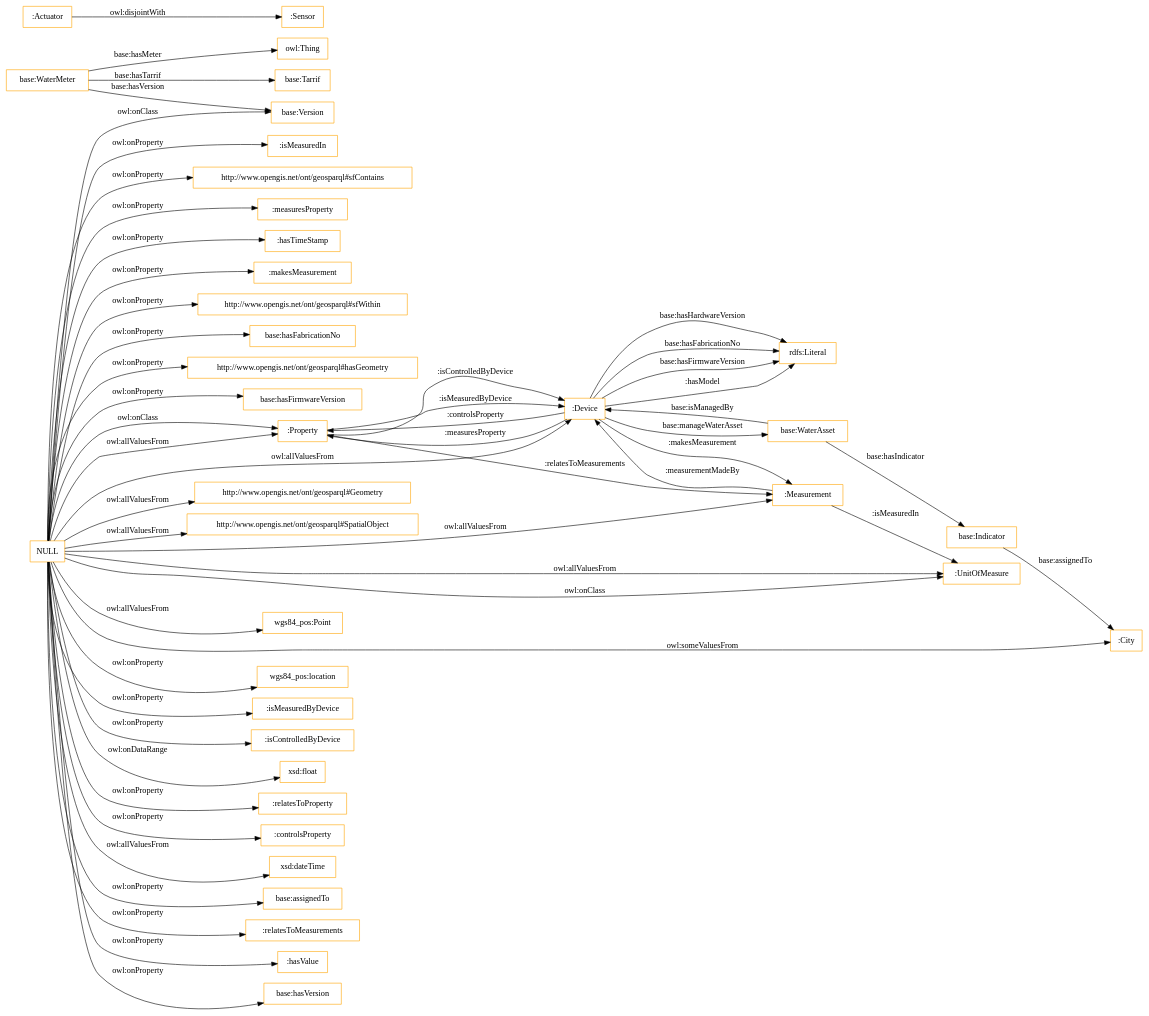
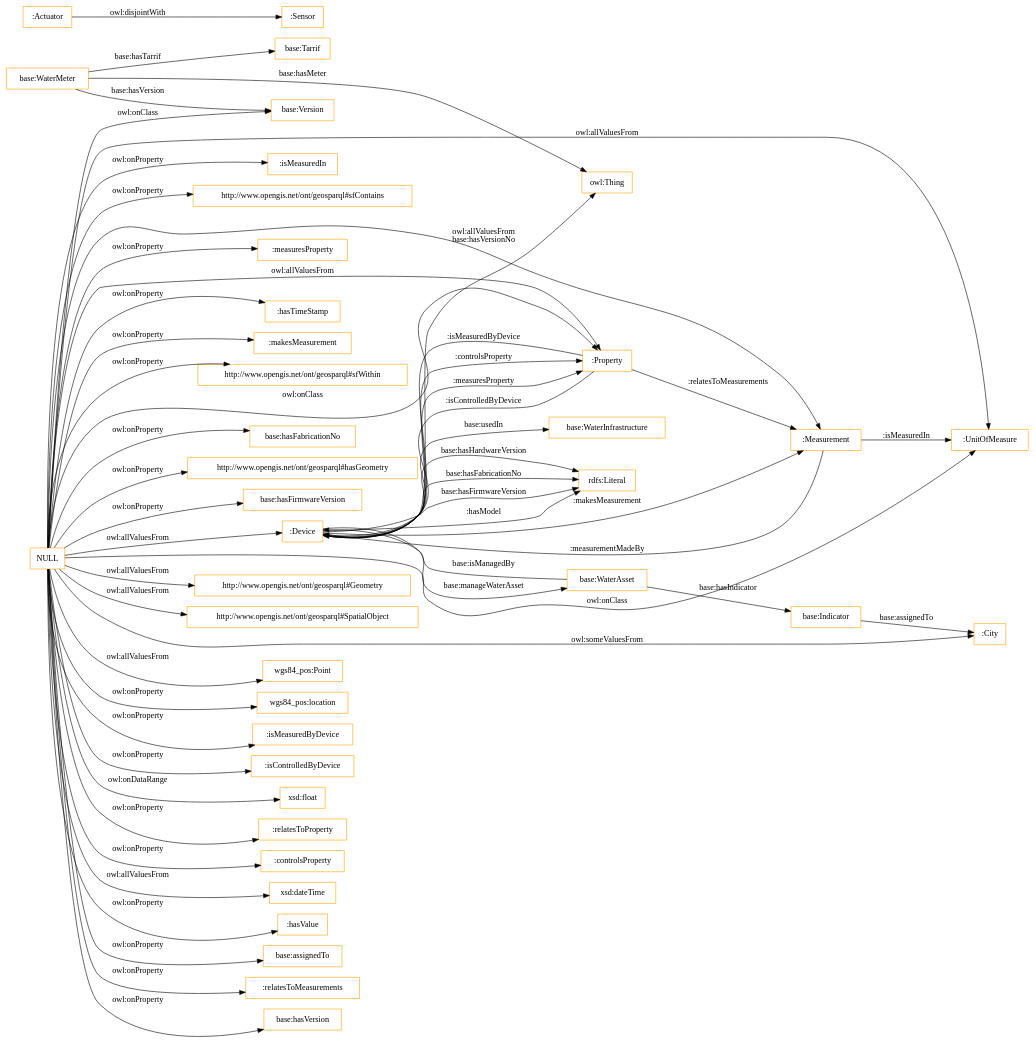
Before and after one commit to tiwari2019/S4WATR-1: the diagram in OnToology/S4Water.owl/diagrams/ar2dtool-class/S4Water.owl.png.dot, drawn with Graphviz. The commit also changed 13 other files, not shown here.

```diff
--- a/OnToology/S4Water.owl/diagrams/ar2dtool-class/S4Water.owl.png.dot
+++ b/OnToology/S4Water.owl/diagrams/ar2dtool-class/S4Water.owl.png.dot
@@ -1,57 +1,59 @@
 digraph ar2dtool_diagram { 
 rankdir=LR;
 size="1501"
-node [shape = rectangle, color="orange"]; "base:Version" ":Property" "base:WaterAsset" ":Sensor" "base:WaterMeter" ":Device" "base:Indicator" "http://www.opengis.net/ont/geosparql#Geometry" "http://www.opengis.net/ont/geosparql#SpatialObject" ":UnitOfMeasure" ":City" "base:Tarrif" "wgs84_pos:Point" ":Measurement" ":Actuator" ; /*classes style*/
+node [shape = rectangle, color="orange"]; "base:Version" ":Property" "base:WaterAsset" ":Sensor" "base:WaterMeter" "base:WaterInfrastructure" ":Device" "base:Indicator" "http://www.opengis.net/ont/geosparql#Geometry" "http://www.opengis.net/ont/geosparql#SpatialObject" ":UnitOfMeasure" ":City" "base:Tarrif" "wgs84_pos:Point" ":Measurement" ":Actuator" ; /*classes style*/
 	"NULL" -> "wgs84_pos:location" [ label = "owl:onProperty" ];
 	"NULL" -> "wgs84_pos:Point" [ label = "owl:allValuesFrom" ];
 	"NULL" -> ":isMeasuredByDevice" [ label = "owl:onProperty" ];
 	"NULL" -> ":isControlledByDevice" [ label = "owl:onProperty" ];
 	"NULL" -> ":Measurement" [ label = "owl:allValuesFrom" ];
 	"NULL" -> "xsd:float" [ label = "owl:onDataRange" ];
 	"NULL" -> "http://www.opengis.net/ont/geosparql#Geometry" [ label = "owl:allValuesFrom" ];
 	"NULL" -> ":relatesToProperty" [ label = "owl:onProperty" ];
 	"NULL" -> ":controlsProperty" [ label = "owl:onProperty" ];
 	"NULL" -> ":City" [ label = "owl:someValuesFrom" ];
 	"NULL" -> "xsd:dateTime" [ label = "owl:allValuesFrom" ];
 	"NULL" -> "base:Version" [ label = "owl:onClass" ];
+	"NULL" -> ":hasValue" [ label = "owl:onProperty" ];
 	"NULL" -> "base:assignedTo" [ label = "owl:onProperty" ];
-	"NULL" -> ":Property" [ label = "owl:onClass" ];
 	"NULL" -> ":relatesToMeasurements" [ label = "owl:onProperty" ];
 	"NULL" -> "http://www.opengis.net/ont/geosparql#SpatialObject" [ label = "owl:allValuesFrom" ];
-	"NULL" -> ":hasValue" [ label = "owl:onProperty" ];
+	"NULL" -> ":Property" [ label = "owl:onClass" ];
 	"NULL" -> "base:hasVersion" [ label = "owl:onProperty" ];
 	"NULL" -> ":UnitOfMeasure" [ label = "owl:allValuesFrom" ];
 	"NULL" -> ":UnitOfMeasure" [ label = "owl:onClass" ];
 	"NULL" -> ":isMeasuredIn" [ label = "owl:onProperty" ];
 	"NULL" -> "http://www.opengis.net/ont/geosparql#sfContains" [ label = "owl:onProperty" ];
 	"NULL" -> ":measuresProperty" [ label = "owl:onProperty" ];
 	"NULL" -> ":hasTimeStamp" [ label = "owl:onProperty" ];
 	"NULL" -> ":makesMeasurement" [ label = "owl:onProperty" ];
 	"NULL" -> "http://www.opengis.net/ont/geosparql#sfWithin" [ label = "owl:onProperty" ];
+	"NULL" -> "base:hasFabricationNo" [ label = "owl:onProperty" ];
 	"NULL" -> ":Property" [ label = "owl:allValuesFrom" ];
-	"NULL" -> "base:hasFabricationNo" [ label = "owl:onProperty" ];
 	"NULL" -> "http://www.opengis.net/ont/geosparql#hasGeometry" [ label = "owl:onProperty" ];
 	"NULL" -> ":Device" [ label = "owl:allValuesFrom" ];
 	"NULL" -> "base:hasFirmwareVersion" [ label = "owl:onProperty" ];
 	":Actuator" -> ":Sensor" [ label = "owl:disjointWith" ];
 	"base:Indicator" -> ":City" [ label = "base:assignedTo" ];
 	":Measurement" -> ":Device" [ label = ":measurementMadeBy" ];
 	":Device" -> "base:WaterAsset" [ label = "base:manageWaterAsset" ];
 	":Device" -> "rdfs:Literal" [ label = ":hasModel" ];
 	":Property" -> ":Device" [ label = ":isControlledByDevice" ];
+	":Device" -> "owl:Thing" [ label = "base:hasVersionNo" ];
 	":Device" -> "rdfs:Literal" [ label = "base:hasHardwareVersion" ];
 	"base:WaterMeter" -> "base:Version" [ label = "base:hasVersion" ];
 	":Property" -> ":Measurement" [ label = ":relatesToMeasurements" ];
 	":Device" -> ":Measurement" [ label = ":makesMeasurement" ];
 	":Device" -> "rdfs:Literal" [ label = "base:hasFabricationNo" ];
 	":Device" -> "rdfs:Literal" [ label = "base:hasFirmwareVersion" ];
 	":Device" -> ":Property" [ label = ":controlsProperty" ];
+	":Device" -> "base:WaterInfrastructure" [ label = "base:usedIn" ];
 	"base:WaterAsset" -> ":Device" [ label = "base:isManagedBy" ];
 	"base:WaterAsset" -> "base:Indicator" [ label = "base:hasIndicator" ];
 	":Property" -> ":Device" [ label = ":isMeasuredByDevice" ];
 	"base:WaterMeter" -> "base:Tarrif" [ label = "base:hasTarrif" ];
 	"base:WaterMeter" -> "owl:Thing" [ label = "base:hasMeter" ];
 	":Measurement" -> ":UnitOfMeasure" [ label = ":isMeasuredIn" ];
 	":Device" -> ":Property" [ label = ":measuresProperty" ];
 
 }
```
